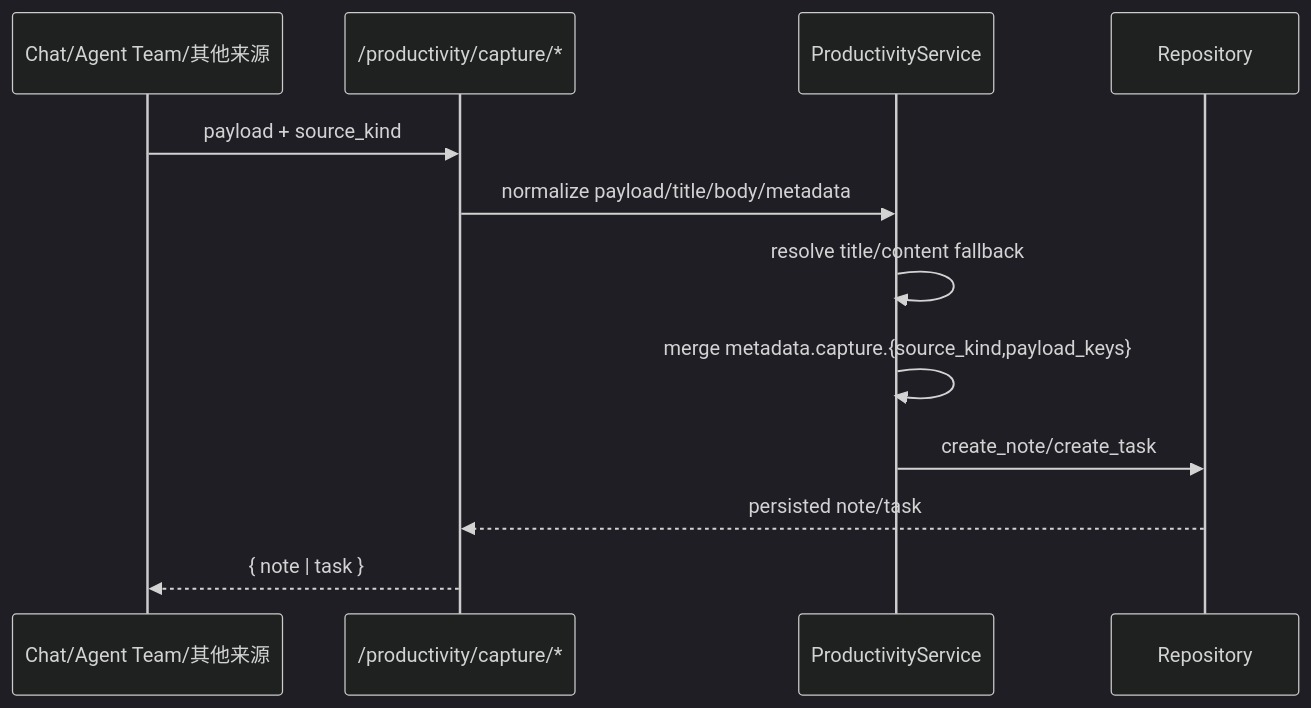
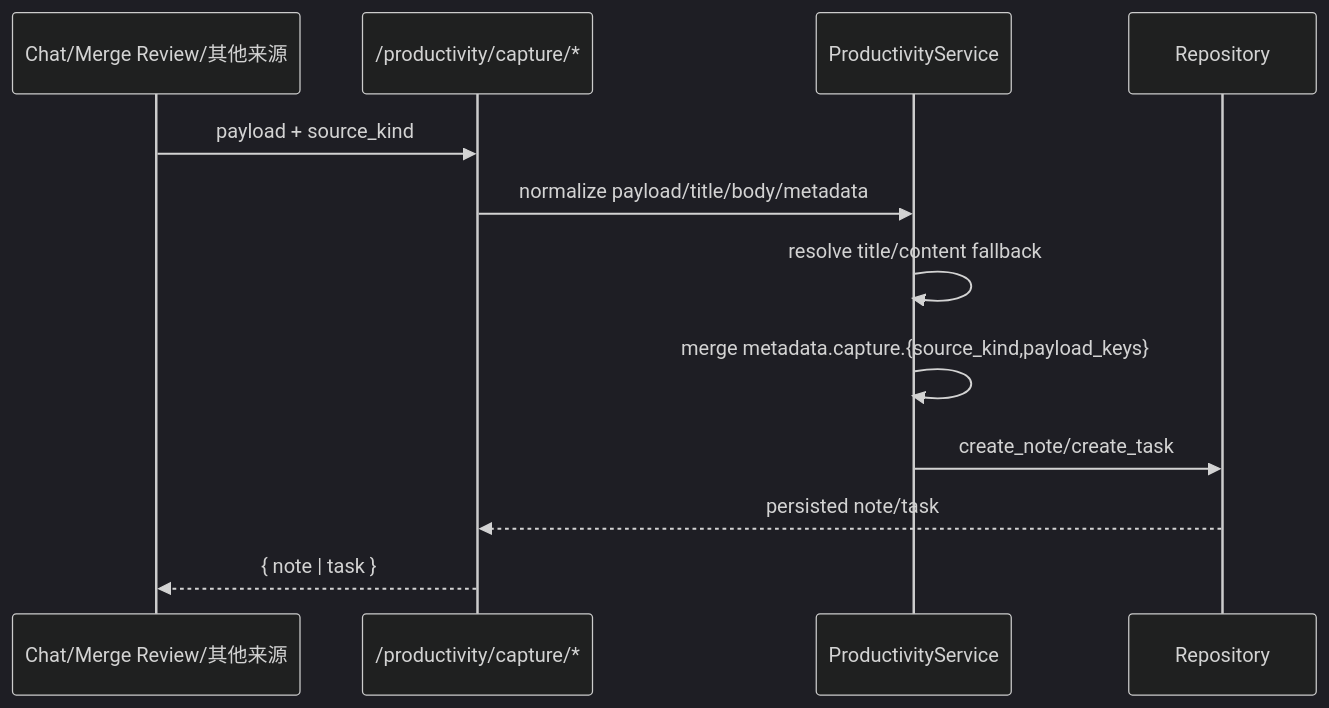
One commit to William-zgx/focus-agent changed the fourth of 6 diagrams in docs/productivity-system.md. Above: the diagram before and after it, drawn with Mermaid (dark theme). The commit also changed 132 other files, not shown here.

First line of the commit message:
feat(v2)!: 删除 Agent Team 前端与 SDK 产品面

````diff
--- a/docs/productivity-system.md
+++ b/docs/productivity-system.md
@@ -126,15 +126,15 @@
 ```mermaid
 sequenceDiagram
-    participant Source as Chat/Agent Team/其他来源
+    participant Source as Chat/Merge Review/其他来源
     participant API as /productivity/capture/*
     participant Service as ProductivityService
     participant Repo as Repository
 
     Source->>API: payload + source_kind
     API->>Service: normalize payload/title/body/metadata
     Service->>Service: resolve title/content fallback
     Service->>Service: merge metadata.capture.{source_kind,payload_keys}
     Service->>Repo: create_note/create_task
     Repo-->>API: persisted note/task
     API-->>Source: { note | task }
 ```
````
